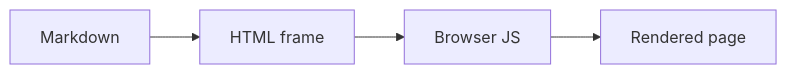
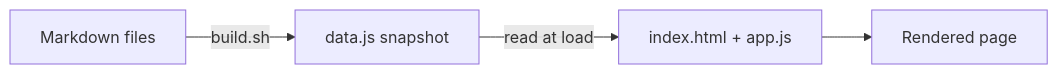
One commit to Sarki/bare-metal-markdown-wiki changed the first of 3 diagrams in articles/Guides/Advanced.md. Above: the diagram before and after it, drawn with Mermaid. The commit also changed other lines of this file and 6 other files, not shown here.

````diff
--- a/articles/Guides/Advanced.md
+++ b/articles/Guides/Advanced.md
@@ -15,6 +118,6 @@
 ```mermaid
 graph LR
-  A[Markdown] --> B[HTML frame]
-  B --> C[Browser JS]
+  A[Markdown files] -- build.sh --> B[data.js snapshot]
+  B -- read at load --> C[index.html + app.js]
   C --> D[Rendered page]
 ```
````
